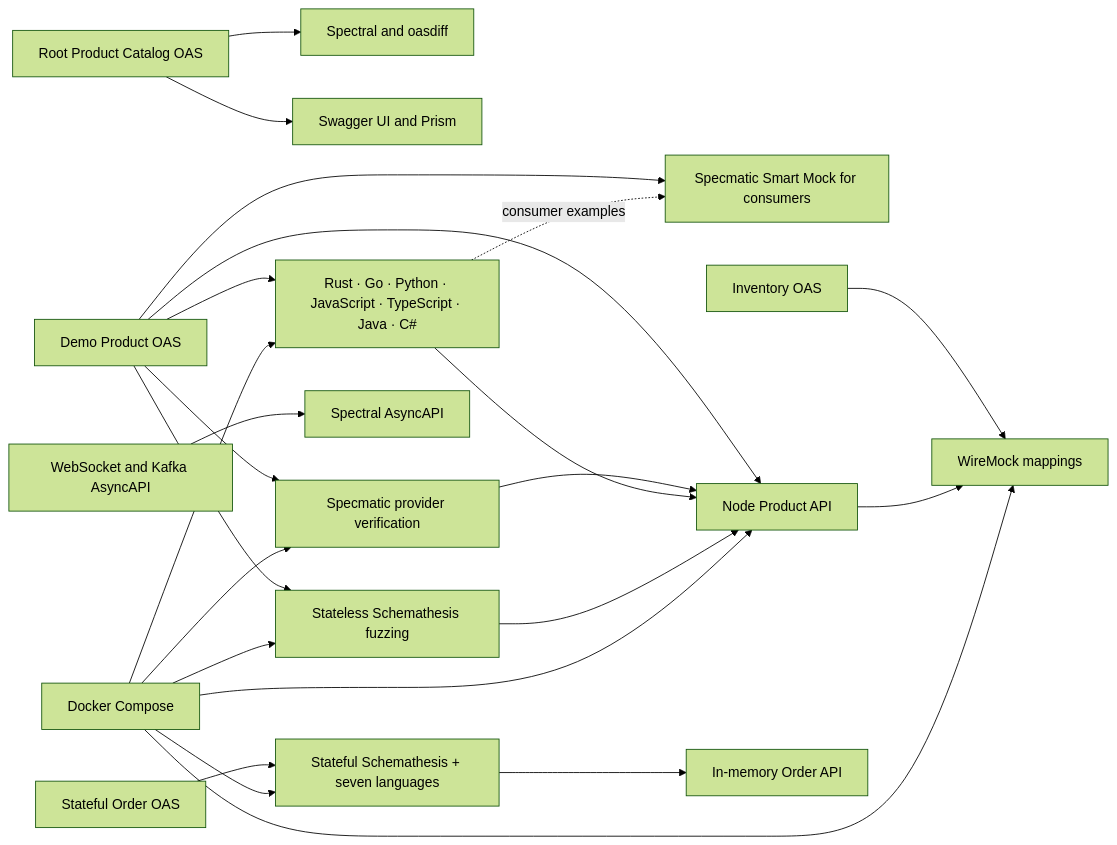
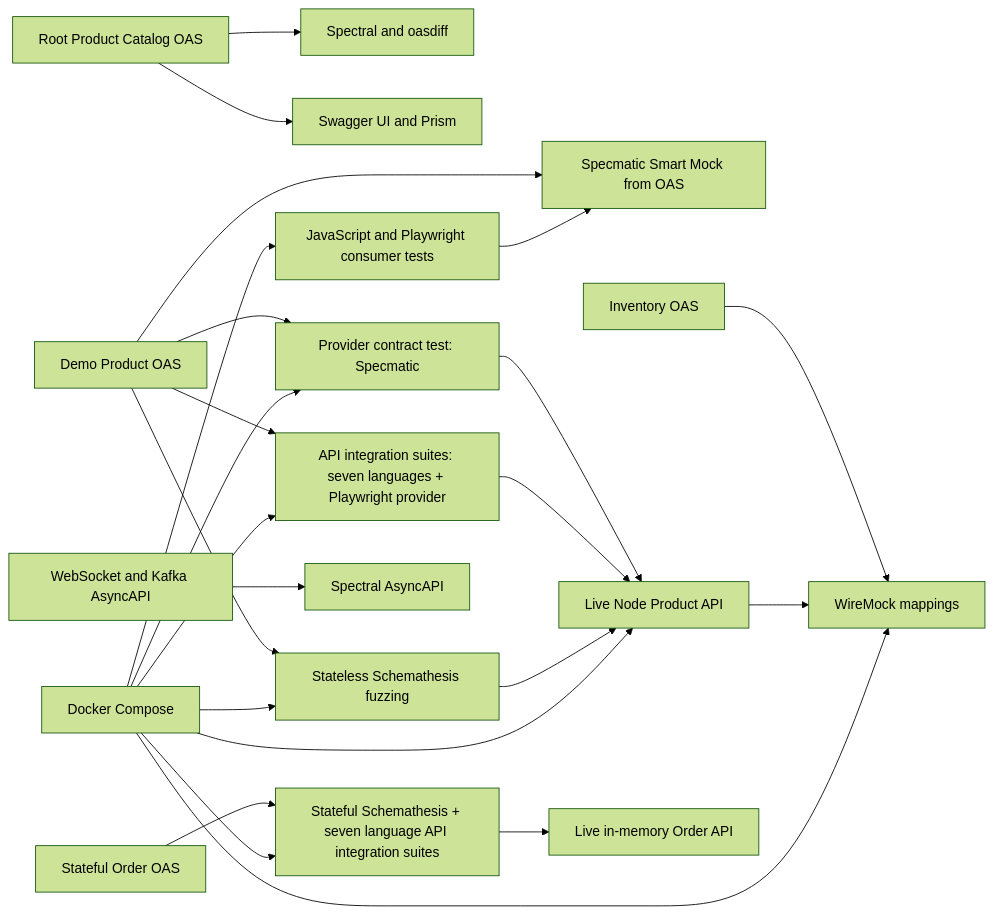
Before and after one commit to shoman2020/oas-polycontract: the second of 2 diagrams in README.md, drawn with Mermaid (forest theme). The commit also changed other lines of this file and 50 other files, not shown here.

````diff
--- a/README.md
+++ b/README.md
@@ -94,25 +135,25 @@
 ```mermaid
 flowchart LR
   Root[Root Product Catalog OAS] --> RootGates[Spectral and oasdiff]
   Root --> Debug[Swagger UI and Prism]
-  Product[Demo Product OAS] --> Provider[Specmatic provider verification]
-  Product --> Clients[Rust · Go · Python · JavaScript · TypeScript · Java · C#]
+  Product[Demo Product OAS] --> Provider[Provider contract test: Specmatic]
+  Product --> SmartMock[Specmatic Smart Mock from OAS]
+  Product --> ApiIntegration[API integration suites: seven languages + Playwright provider]
   Product --> Fuzz[Stateless Schemathesis fuzzing]
-  Product --> Mock[Specmatic Smart Mock for consumers]
-  Product --> App[Node Product API]
-  Provider --> App
-  Clients --> App
-  Clients -. consumer examples .-> Mock
+  Provider --> App[Live Node Product API]
+  ApiIntegration --> App
+  ConsumerTests[JavaScript and Playwright consumer tests] --> SmartMock
   Fuzz --> App
   Inventory[Inventory OAS] --> WireMock[WireMock mappings]
   App --> WireMock
   Events[WebSocket and Kafka AsyncAPI] --> EventLint[Spectral AsyncAPI]
-  Stateful[Stateful Order OAS] --> StatefulTests[Stateful Schemathesis + seven languages]
-  StatefulTests --> StatefulApp[In-memory Order API]
+  Stateful[Stateful Order OAS] --> StatefulTests[Stateful Schemathesis + seven language API integration suites]
+  StatefulTests --> StatefulApp[Live in-memory Order API]
   Compose[Docker Compose] --> App
   Compose --> WireMock
   Compose --> Provider
-  Compose --> Clients
+  Compose --> ApiIntegration
+  Compose --> ConsumerTests
   Compose --> Fuzz
   Compose --> StatefulTests
 ```
````
